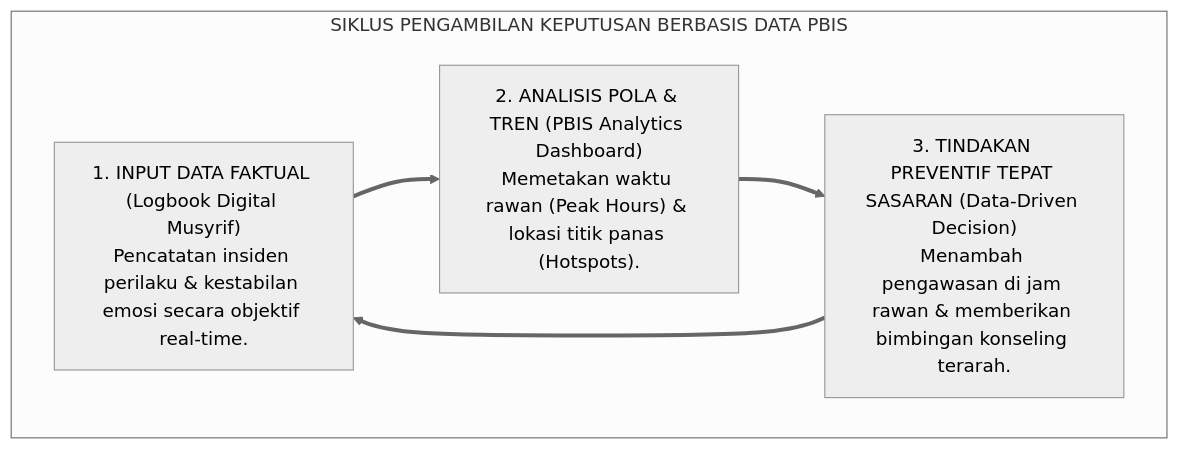
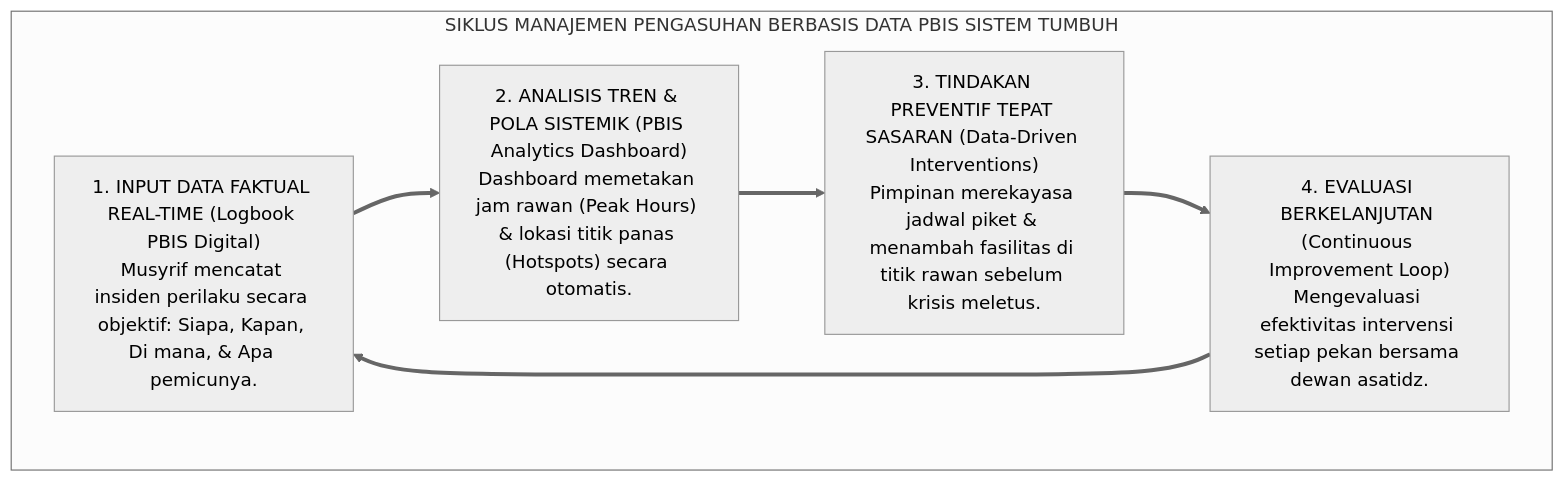
Before and after one commit to wandiapriliyandi/tumbuh: the first of 2 diagrams in BOOK-SERIES/Volume-01/Bab-06-Triad-Pertumbuhan-Simbiotik-dan-Kontinuum-10-Tahap/03-Sistem-Lembaga-Bertumbuh-Berbasis-Data.md, drawn with Mermaid (neutral theme). The commit also changed other lines of this file and 24 other files, not shown here.

Commit message:
feat(book-01): perkaya dan perdalam seluruh isi subbab bab 02 s.d. 07 dengan elaborasi komprehensif, analisis mendalam, dan diagram alur lengkap

````diff
--- a/BOOK-SERIES/Volume-01/Bab-06-Triad-Pertumbuhan-Simbiotik-dan-Kontinuum-10-Tahap/03-Sistem-Lembaga-Bertumbuh-Berbasis-Data.md
+++ b/BOOK-SERIES/Volume-01/Bab-06-Triad-Pertumbuhan-Simbiotik-dan-Kontinuum-10-Tahap/03-Sistem-Lembaga-Bertumbuh-Berbasis-Data.md
@@ -18,12 +24,14 @@
 ```mermaid
 graph TD
-    subgraph SiklusDataTUMBUH["SIKLUS PENGAMBILAN KEPUTUSAN BERBASIS DATA PBIS"]
-        D1["1. INPUT DATA FAKTUAL (Logbook Digital Musyrif)<br/>Pencatatan insiden perilaku & kestabilan emosi secara objektif real-time."]
+    subgraph SiklusDataTUMBUH["SIKLUS MANAJEMEN PENGASUHAN BERBASIS DATA PBIS SISTEM TUMBUH"]
+        D1["1. INPUT DATA FAKTUAL REAL-TIME (Logbook PBIS Digital)<br/>Musyrif mencatat insiden perilaku secara objektif: Siapa, Kapan, Di mana, & Apa pemicunya."]
         
-        D2["2. ANALISIS POLA & TREN (PBIS Analytics Dashboard)<br/>Memetakan waktu rawan (Peak Hours) & lokasi titik panas (Hotspots)."]
+        D2["2. ANALISIS TREN & POLA SISTEMIK (PBIS Analytics Dashboard)<br/>Dashboard memetakan jam rawan (Peak Hours) & lokasi titik panas (Hotspots) secara otomatis."]
         
-        D3["3. TINDAKAN PREVENTIF TEPAT SASARAN (Data-Driven Decision)<br/>Menambah pengawasan di jam rawan & memberikan bimbingan konseling terarah."]
+        D3["3. TINDAKAN PREVENTIF TEPAT SASARAN (Data-Driven Interventions)<br/>Pimpinan merekayasa jadwal piket & menambah fasilitas di titik rawan sebelum krisis meletus."]
         
-        D1 ==> D2 ==> D3 ==> D1
+        D4["4. EVALUASI BERKELANJUTAN (Continuous Improvement Loop)<br/>Mengevaluasi efektivitas intervensi setiap pekan bersama dewan asatidz."]
+        
+        D1 ==> D2 ==> D3 ==> D4 ==> D1
     end
 ```
````
